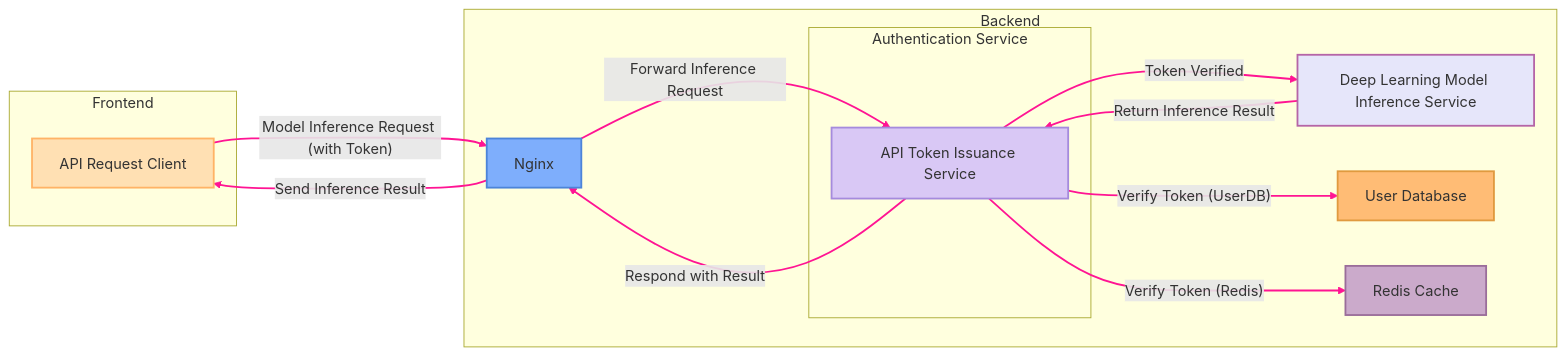
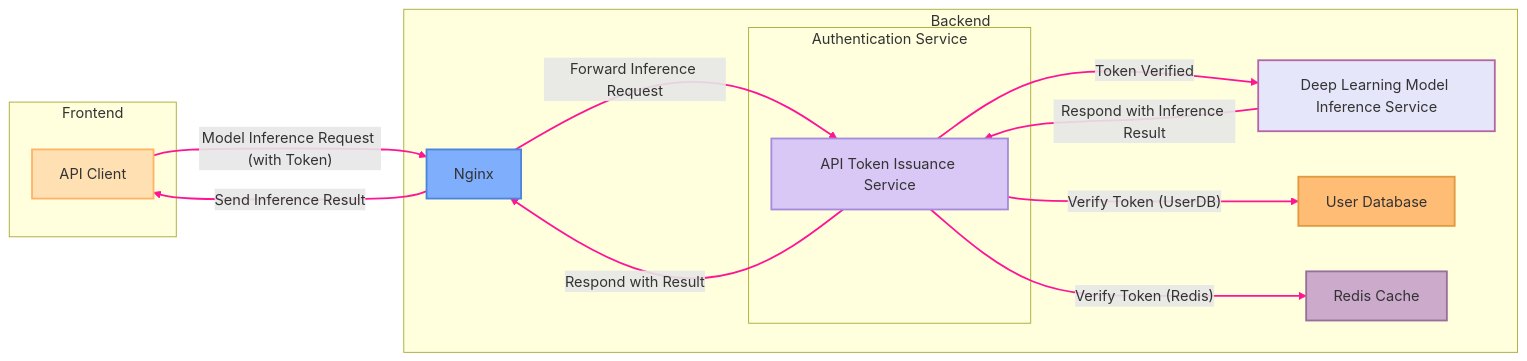
Before and after one commit to DocsaidLab/website: the fourth of 6 diagrams in i18n/en/docusaurus-plugin-content-blog/2025/03-16-builds-dashboard-system/index.md, drawn with Mermaid. The commit also changed other lines of this file and 2 other files, not shown here.

````diff
--- a/i18n/en/docusaurus-plugin-content-blog/2025/03-16-builds-dashboard-system/index.md
+++ b/i18n/en/docusaurus-plugin-content-blog/2025/03-16-builds-dashboard-system/index.md
@@ -289,43 +343,43 @@
 ```mermaid
 graph LR
     subgraph Frontend
-        apiClient[API Request Client]
+        apiClient[API Client]
     end
 
     subgraph Backend
         Nginx[Nginx]
         subgraph Authentication Service
             APIToken[API Token Issuance Service]
         end
         ModelService[Deep Learning Model Inference Service]
         UserDB[User Database]
         Redis[Redis Cache]
     end
 
     apiClient -- "Model Inference Request (with Token)" --> Nginx
     Nginx -- "Forward Inference Request" --> APIToken
     APIToken -- "Verify Token (Redis)" --> Redis
     APIToken -- "Verify Token (UserDB)" --> UserDB
     APIToken -- "Token Verified" --> ModelService
-    ModelService -- "Return Inference Result" --> APIToken
+    ModelService -- "Respond with Inference Result" --> APIToken
     APIToken -- "Respond with Result" --> Nginx
     Nginx -- "Send Inference Result" --> apiClient
 
-    %% Change line colors to pink
+    %% Change lines to pink
     linkStyle 0 stroke:#ff1493,stroke-width:2px
     linkStyle 1 stroke:#ff1493,stroke-width:2px
     linkStyle 2 stroke:#ff1493,stroke-width:2px
     linkStyle 3 stroke:#ff1493,stroke-width:2px
     linkStyle 4 stroke:#ff1493,stroke-width:2px
     linkStyle 5 stroke:#ff1493,stroke-width:2px
     linkStyle 6 stroke:#ff1493,stroke-width:2px
     linkStyle 7 stroke:#ff1493,stroke-width:2px
 
-    %% Node Styles (can be kept or modified as needed)
+    %% Node Styles (can be modified as needed)
     style apiClient fill:#ffe0b3,stroke:#ffb366,stroke-width:2px
     style Nginx fill:#7eaefc,stroke:#4c84d9,stroke-width:2px
     style APIToken fill:#d9c8f5,stroke:#a58bdd,stroke-width:2px
     style ModelService fill:#e6e6fa,stroke:#b565a7,stroke-width:2px
     style UserDB fill:#ffbc75,stroke:#e09a3f,stroke-width:2px
     style Redis fill:#cbaacb,stroke:#9a6d9a,stroke-width:2px
 ```
````
